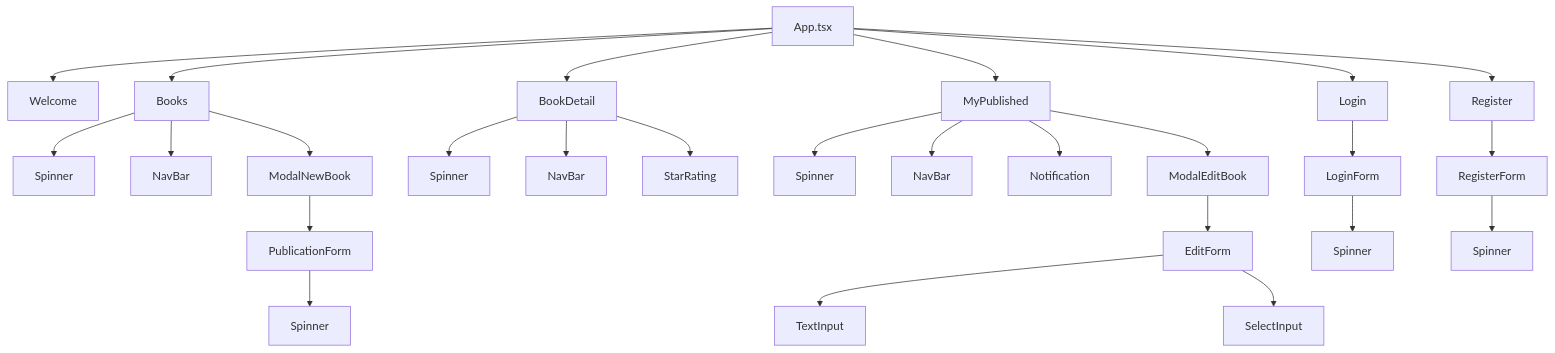
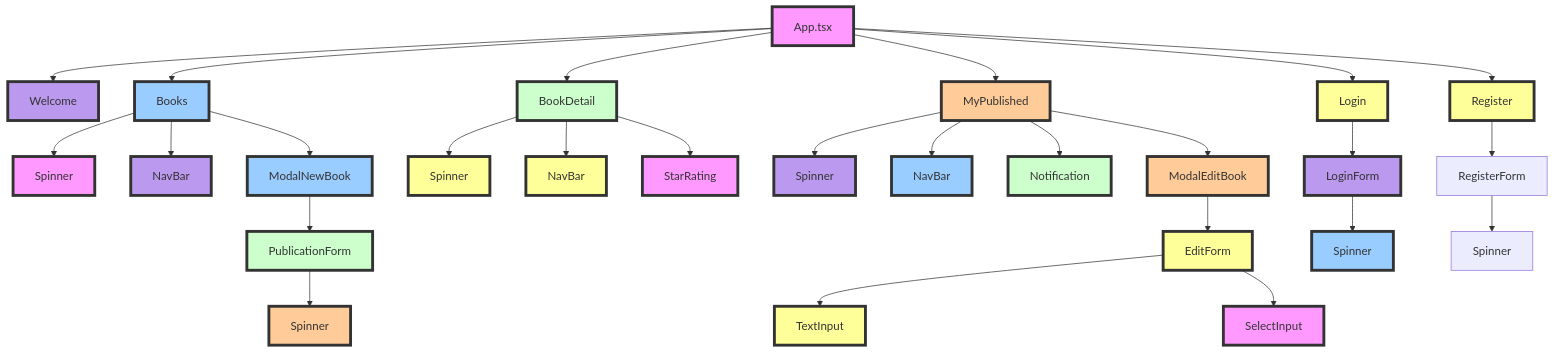
Before and after one commit to FernandoMoyano/EcoReaders: the seventh of 8 diagrams in client/README.md, drawn with Mermaid.

Commit message:
arbol de componentes-modificación de colores

````diff
--- a/client/README.md
+++ b/client/README.md
@@ -441,42 +441,79 @@
 ```mermaid
 
 graph TD
+    %% Definición de los componentes
     A[App.tsx]
+    B[Welcome]
+    C[Books]
+    D[BookDetail]
+    E[MyPublished]
+    F[Login]
+    G[Register]
 
-    A --> B[Welcome]
-    A --> C[Books]
-    A --> D[BookDetail]
-    A --> E[MyPublished]
-    A --> F[Login]
-    A --> G[Register]
+    %% Conexiones
+    A --> B
+    A --> C
+    A --> D
+    A --> E
+    A --> F
+    A --> G
 
     %% Books component hierarchy
     C --> H[Spinner]
     C --> I[NavBar]
     C --> J[ModalNewBook]
     J --> K[PublicationForm]
     K --> L[Spinner]
 
     %% BookDetail component hierarchy
     D --> M[Spinner]
     D --> N[NavBar]
     D --> O[StarRating]
 
     %% MyPublished component hierarchy
     E --> P[Spinner]
     E --> Q[NavBar]
     E --> R[Notification]
     E --> S[ModalEditBook]
     S --> T[EditForm]
     T --> U[TextInput]
     T --> V[SelectInput]
 
     %% Login component hierarchy
     F --> W[LoginForm]
     W --> X[Spinner]
 
     %% Register component hierarchy
     G --> Y[RegisterForm]
     Y --> Z[Spinner]
 
+
+
+    %% Estilos
+    style A fill:#f9f,stroke:#333,stroke-width:4px
+    style B fill:#b9e,stroke:#333,stroke-width:4px
+    style C fill:#9cf,stroke:#333,stroke-width:4px
+    style D fill:#cfc,stroke:#333,stroke-width:4px
+    style E fill:#fc9,stroke:#333,stroke-width:4px
+    style F fill:#ff9,stroke:#333,stroke-width:4px
+    style G fill:#ff9,stroke:#333,stroke-width:4px
+    style H fill:#f9f,stroke:#333,stroke-width:4px
+    style I fill:#b9e,stroke:#333,stroke-width:4px
+    style J fill:#9cf,stroke:#333,stroke-width:4px
+    style K fill:#cfc,stroke:#333,stroke-width:4px
+    style L fill:#fc9,stroke:#333,stroke-width:4px
+    style M fill:#ff9,stroke:#333,stroke-width:4px
+    style N fill:#ff9,stroke:#333,stroke-width:4px
+    style O fill:#f9f,stroke:#333,stroke-width:4px
+    style P fill:#b9e,stroke:#333,stroke-width:4px
+    style Q fill:#9cf,stroke:#333,stroke-width:4px
+    style R fill:#cfc,stroke:#333,stroke-width:4px
+    style S fill:#fc9,stroke:#333,stroke-width:4px
+    style T fill:#ff9,stroke:#333,stroke-width:4px
+    style U fill:#ff9,stroke:#333,stroke-width:4px
+    style V fill:#f9f,stroke:#333,stroke-width:4px
+    style W fill:#b9e,stroke:#333,stroke-width:4px
+    style X fill:#9cf,stroke:#333,stroke-width:4
+
+
 ```
````
